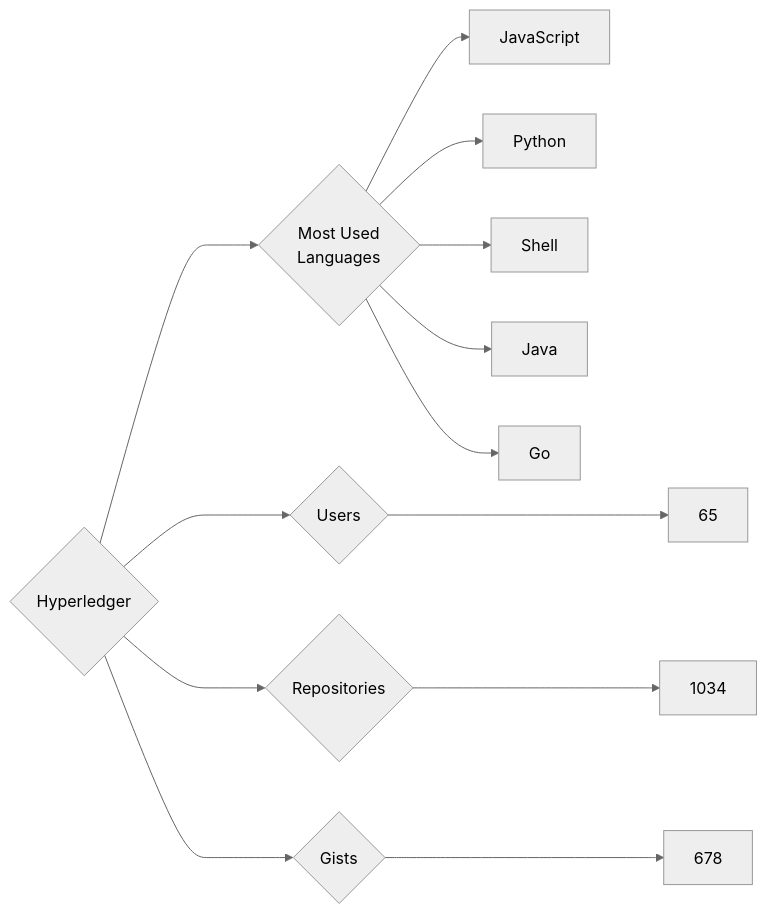
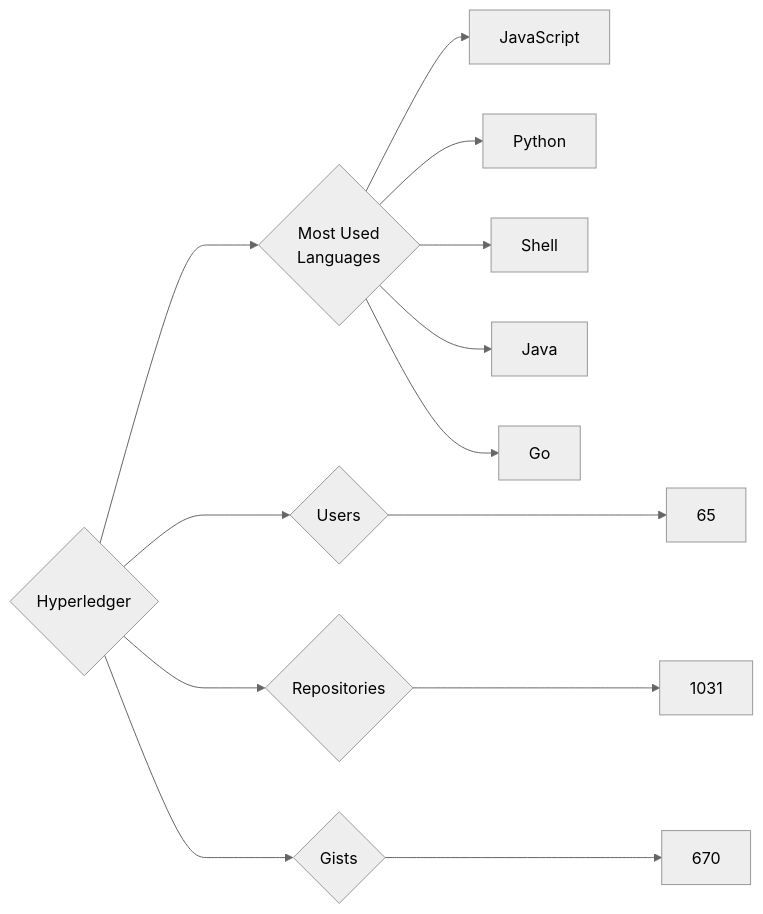
One commit to trickest/insiders changed the diagram in targets/Hyperledger/README.md. Above: the diagram before and after it, drawn with Mermaid (neutral theme). The commit also changed 823 other files, not shown here.

````diff
--- a/targets/Hyperledger/README.md
+++ b/targets/Hyperledger/README.md
@@ -3,13 +3,13 @@
 ```mermaid
 graph LR
 COMPANY_NAME{Hyperledger}
 COMPANY_NAME ---> U{Users} ---> UN[65]
-COMPANY_NAME ---> R{Repositories} ---> RN[1034]
-COMPANY_NAME ---> G{Gists} ---> GN[678]
+COMPANY_NAME ---> R{Repositories} ---> RN[1031]
+COMPANY_NAME ---> G{Gists} ---> GN[670]
 COMPANY_NAME ---> ML{Most Used<br>Languages}
 ML --> JavaScript[JavaScript]
 ML --> Python[Python]
 ML --> Shell[Shell]
 ML --> Java[Java]
 ML --> Go[Go]
 ```
````
